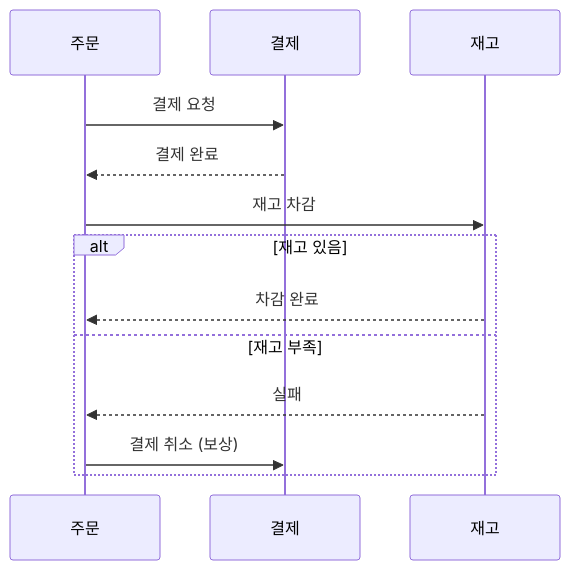
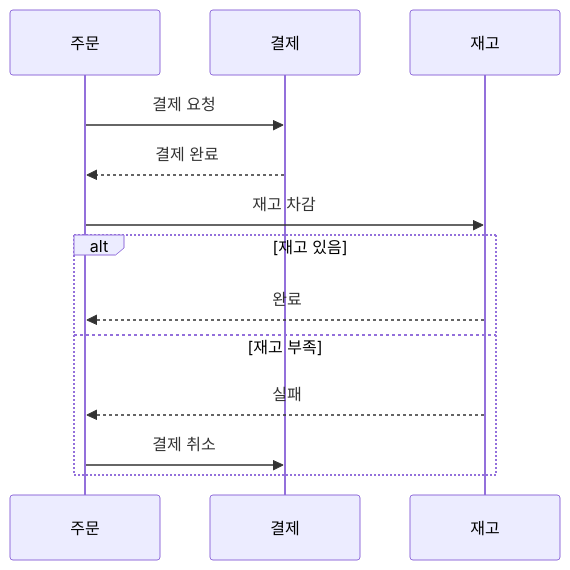
Diagram 11 of 15 in _posts/architecture/2026-05-02-msa-deep.md (yjkim2015/yjkim2015.github.io), drawn with Mermaid before and after one commit. The commit also changed other lines of this file and 155 other files, not shown here.

First line of the commit message:
Mermaid 전면 수정: subgraph 제거, participant/노드/줄수 축소 (342블록)

````diff
--- a/_posts/architecture/2026-05-02-msa-deep.md
+++ b/_posts/architecture/2026-05-02-msa-deep.md
@@ -384,15 +376,15 @@
 ```mermaid
 sequenceDiagram
     participant OS as 주문
     participant PS as 결제
     participant IS as 재고
     OS->>PS: 결제 요청
     PS-->>OS: 결제 완료
     OS->>IS: 재고 차감
     alt 재고 있음
-        IS-->>OS: 차감 완료
+        IS-->>OS: 완료
     else 재고 부족
         IS-->>OS: 실패
-        OS->>PS: 결제 취소 (보상)
+        OS->>PS: 결제 취소
     end
 ```
````
